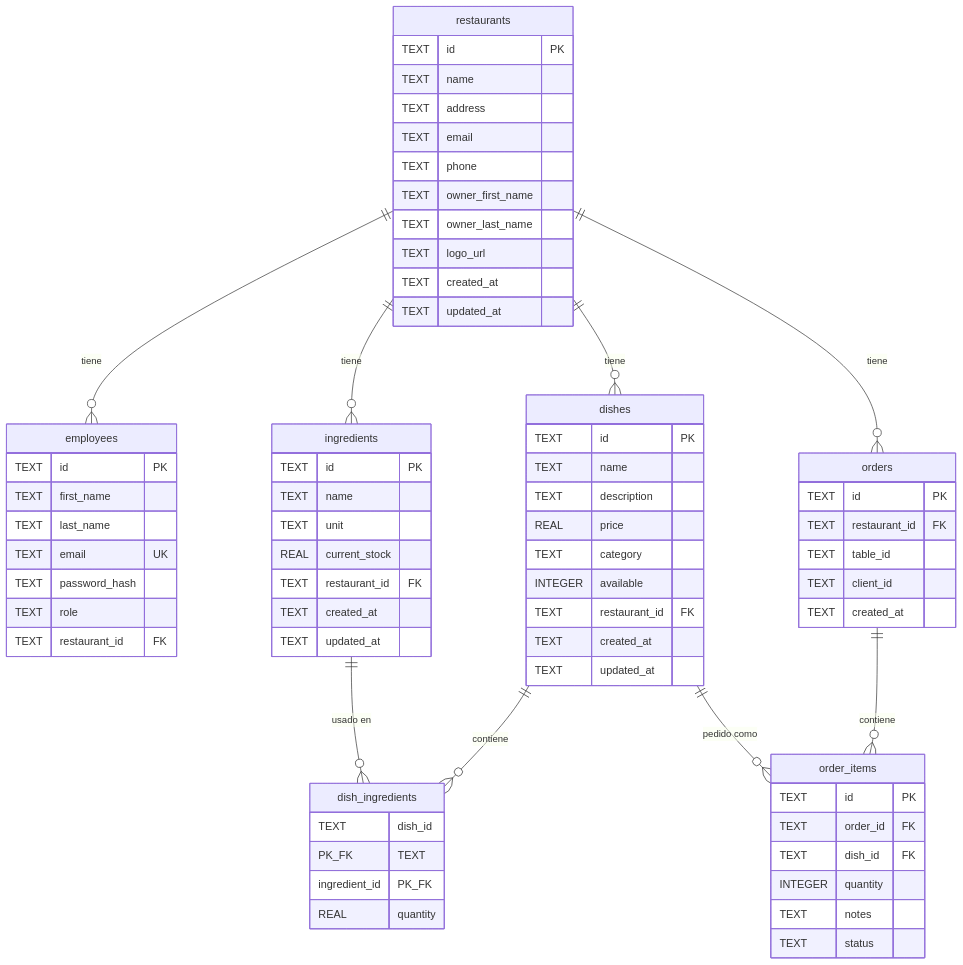
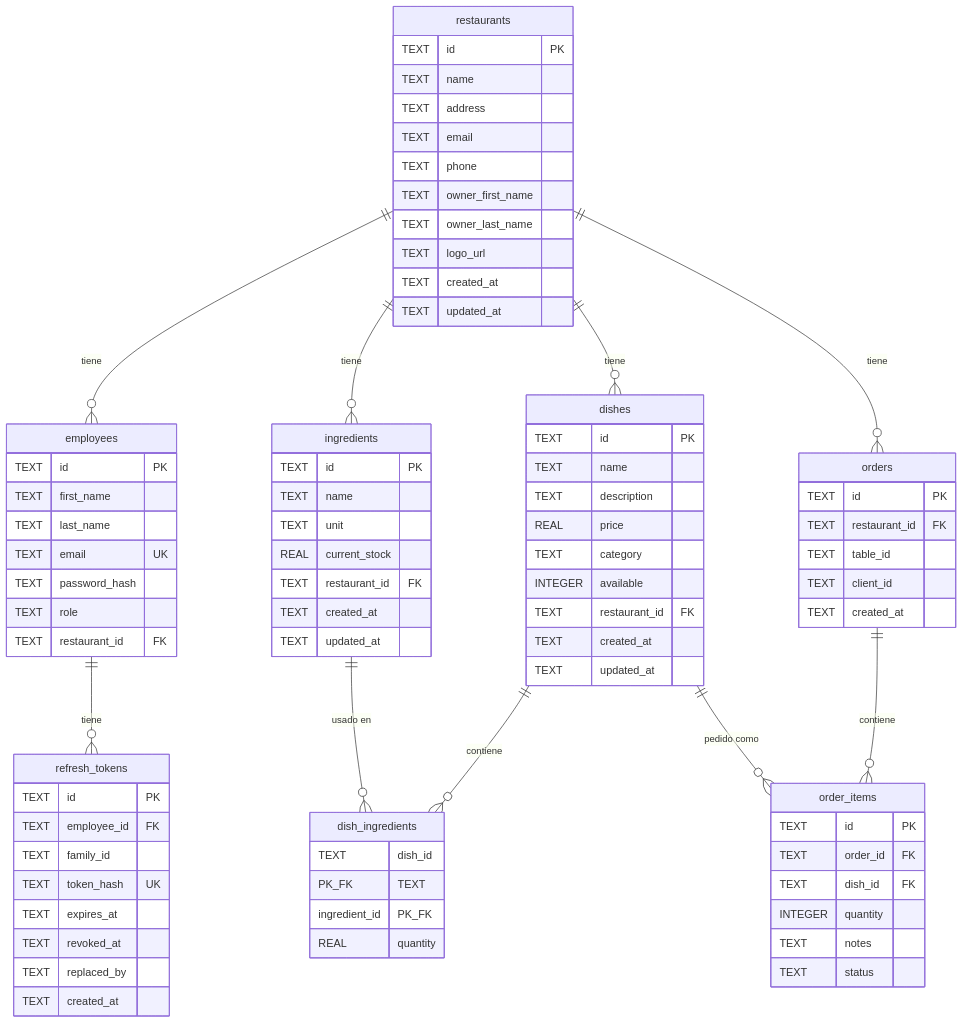
Before and after one commit to Manuroyce24/curso-claude-ed6: the diagram in docs/dominio/modelo-datos.md, drawn with Mermaid. The commit also changed other lines of this file and 4 other files, not shown here.

````diff
--- a/docs/dominio/modelo-datos.md
+++ b/docs/dominio/modelo-datos.md
@@ -16,6 +16,7 @@
     ingredients ||--o{ dish_ingredients : "usado en"
     orders ||--o{ order_items : "contiene"
     dishes ||--o{ order_items : "pedido como"
+    employees ||--o{ refresh_tokens : "tiene"
 
     restaurants {
         TEXT id PK
@@ -84,4 +85,15 @@
         TEXT notes
         TEXT status
     }
+
+    refresh_tokens {
+        TEXT id PK
+        TEXT employee_id FK
+        TEXT family_id
+        TEXT token_hash UK
+        TEXT expires_at
+        TEXT revoked_at
+        TEXT replaced_by
+        TEXT created_at
+    }
 ```
````
